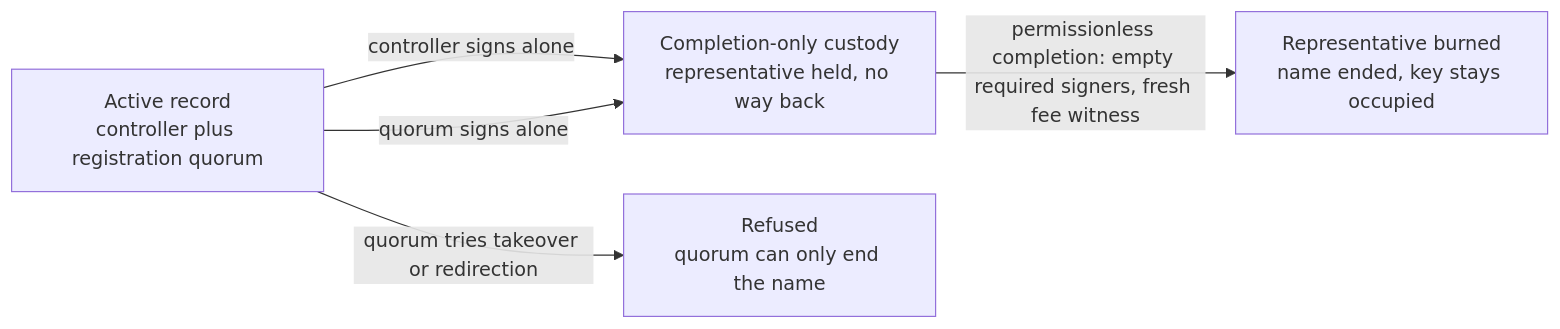
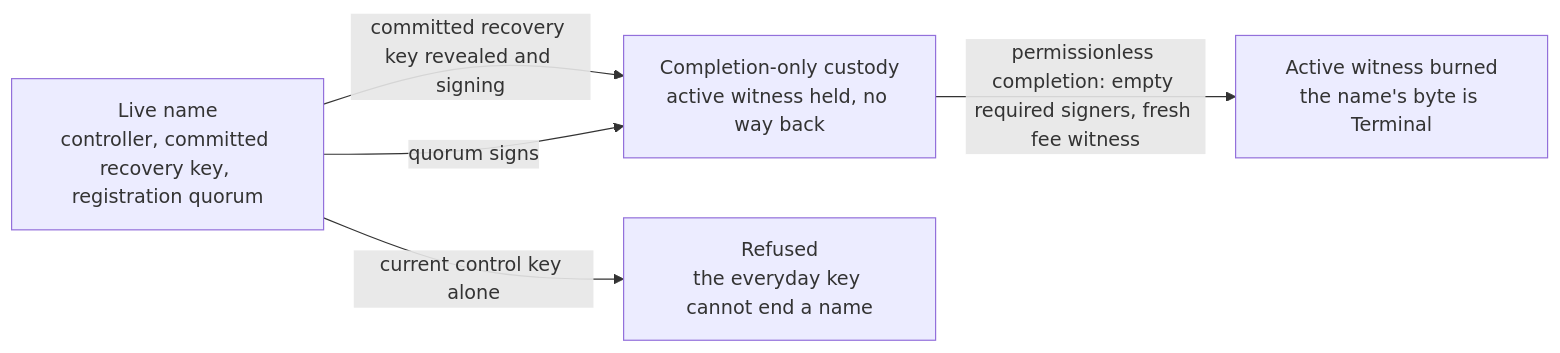
One commit to lambdasistemi/singular changed the third of 3 diagrams in docs/recovery-retirement.md. Above: the diagram before and after it, drawn with Mermaid. The commit also changed other lines of this file and 31 other files, not shown here.

````diff
--- a/docs/recovery-retirement.md
+++ b/docs/recovery-retirement.md
@@ -81,7 +142,7 @@
 ```mermaid
 flowchart LR
-  Record[Active record<br/>controller plus registration quorum] -->|controller signs alone| Custody[Completion-only custody<br/>representative held, no way back]
-  Record -->|quorum signs alone| Custody
-  Record -->|quorum tries takeover or redirection| Refused[Refused<br/>quorum can only end the name]
-  Custody -->|permissionless completion: empty required signers, fresh fee witness| Burned[Representative burned<br/>name ended, key stays occupied]
+  Record[Live name<br/>controller, committed recovery key, registration quorum] -->|committed recovery key revealed and signing| Custody[Completion-only custody<br/>active witness held, no way back]
+  Record -->|quorum signs| Custody
+  Record -->|current control key alone| Refused[Refused<br/>the everyday key cannot end a name]
+  Custody -->|permissionless completion: empty required signers, fresh fee witness| Burned[Active witness burned<br/>the name's byte is Terminal]
 ```
````
